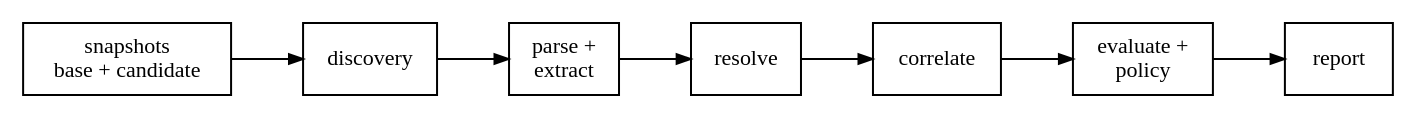
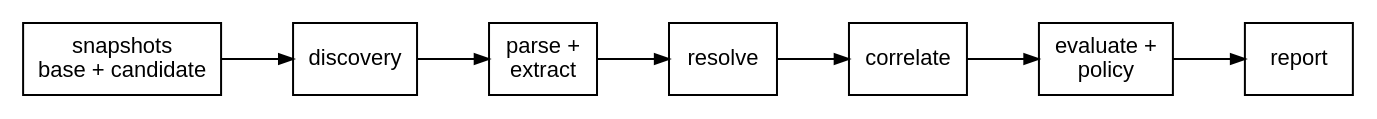
The second of 2 diagrams in docs/src/architecture.md (HardMax71/amiss), drawn with Graphviz before and after one commit. The commit also changed other lines of this file and 17 other files, not shown here.

````diff
--- a/docs/src/architecture.md
+++ b/docs/src/architecture.md
@@ -54,15 +55,15 @@
 ```dot process
 digraph pipeline {
   rankdir = LR;
-  node [shape = box, fontname = "Latin Modern, Georgia, serif", fontsize = 11];
+  node [shape = box, fontname = "Helvetica, Arial, sans-serif", fontsize = 11];
   edge [arrowsize = 0.7];
   snap  [label = "snapshots\nbase + candidate"];
   disc  [label = "discovery"];
   parse [label = "parse +\nextract"];
   res   [label = "resolve"];
   corr  [label = "correlate"];
   eval  [label = "evaluate +\npolicy"];
   rep   [label = "report"];
   snap -> disc -> parse -> res -> corr -> eval -> rep;
 }
 ```
````
